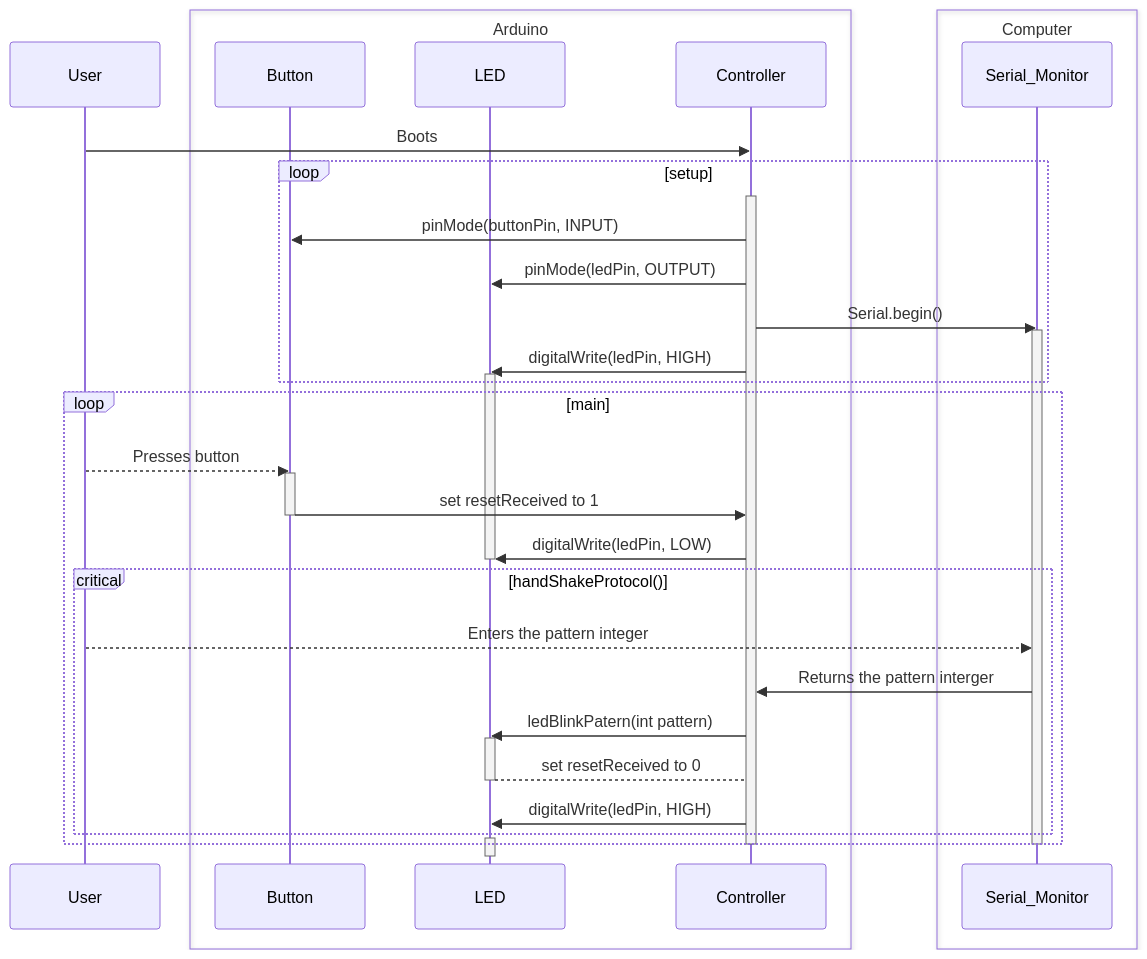
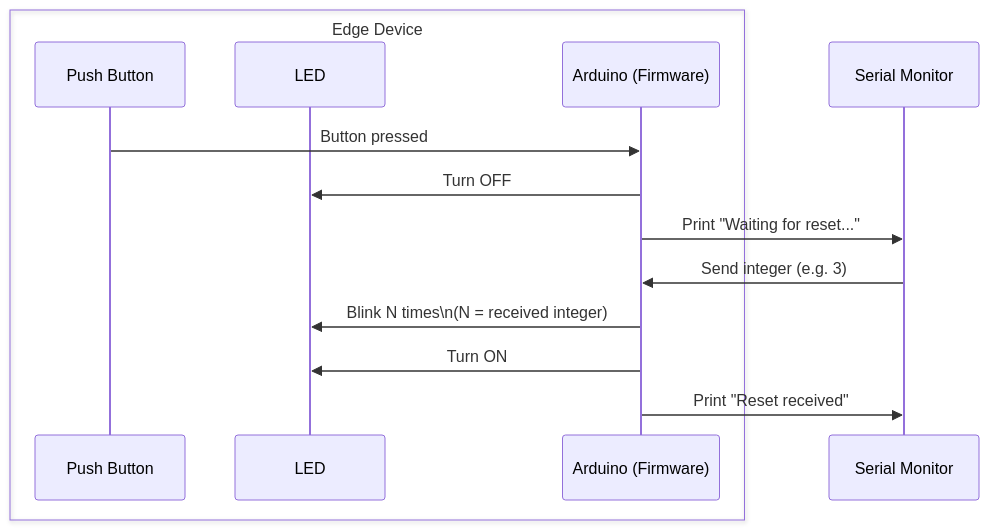
Before and after one commit to David-GERARD/iot-button-system: the diagram in docs/TASK_1.md, drawn with Mermaid.

Commit message:
feat(TASK_1.md): simplify the event diagram
Updated the event logic diagram and improved clarity in the sequence of operations for task 1.

````diff
--- a/docs/TASK_1.md
+++ b/docs/TASK_1.md
@@ -60,43 +60,22 @@
 ```mermaid
 sequenceDiagram
-    participant User 
-    box Arduino
-    participant Button
-    participant LED
-    participant Controller
+    box Edge Device
+        participant PB as Push Button
+        participant LED as LED
+        participant MCU as Arduino (Firmware)
+        
     end
-    box Computer
-    participant Serial_Monitor
-    end
-    User ->> Controller: Boots
-    loop setup
-    activate Controller
-    Controller ->> Button:pinMode(buttonPin, INPUT)
-    Controller ->> LED: pinMode(ledPin, OUTPUT)
-    Controller ->> Serial_Monitor: Serial.begin()
-    activate Serial_Monitor
-    Controller ->> LED: digitalWrite(ledPin, HIGH)
-    activate LED
-    end
-    loop main
-    User -->> Button: Presses button
-    activate Button
-    Button ->> Controller: set resetReceived to 1
-    deactivate Button
-    Controller ->> LED: digitalWrite(ledPin, LOW)
-    deactivate LED
-    critical handShakeProtocol()
-    User -->> Serial_Monitor: Enters the pattern integer
-    Serial_Monitor ->> Controller: Returns the pattern interger
-    Controller ->> LED : ledBlinkPatern(int pattern)
-    activate LED
-    LED --> Controller : set resetReceived to 0
-    deactivate LED
-    Controller ->> LED : digitalWrite(ledPin, HIGH)
-    end
-    activate LED
-    end
-    deactivate LED
-    deactivate Serial_Monitor
-    deactivate Controller
+    participant SM as Serial Monitor
+
+
+    PB->>MCU: Button pressed
+    MCU->>LED: Turn OFF
+    MCU->>SM: Print "Waiting for reset..."
+   
+    SM->>MCU: Send integer (e.g. 3)
+
+    MCU->>LED: Blink N times\n(N = received integer)
+
+    MCU->>LED: Turn ON
+    MCU->>SM: Print "Reset received"
 ```
````
